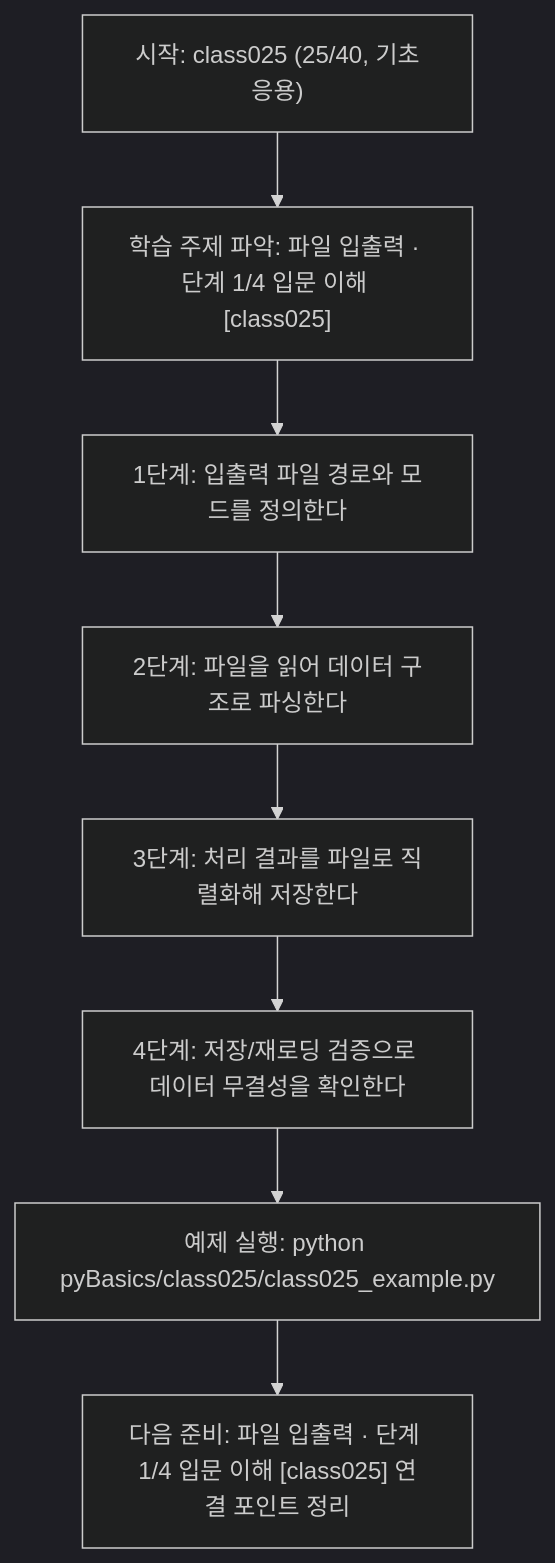
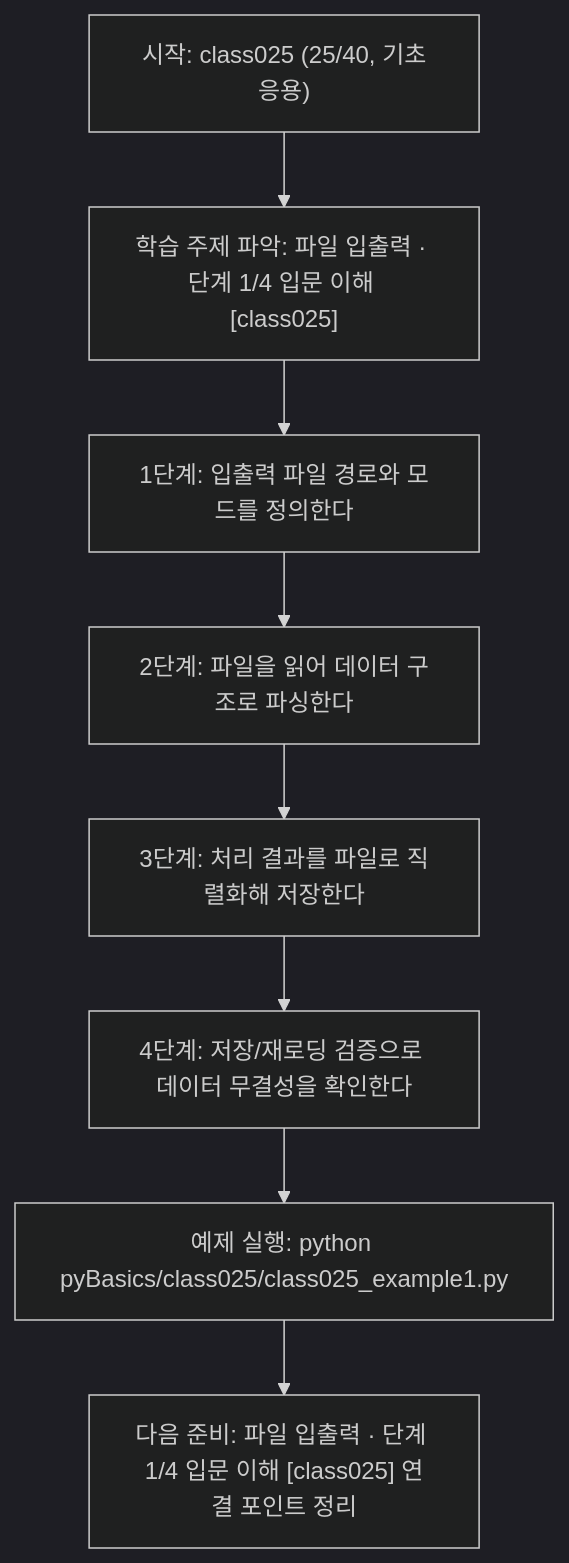
Before and after one commit to edumgt/Python-AI_Agent-Class: the diagram in pyBasics/class025/class025.md, drawn with Mermaid (dark theme). The commit also changed other lines of this file and 2959 other files, not shown here.

````diff
--- a/pyBasics/class025/class025.md
+++ b/pyBasics/class025/class025.md
@@ -109,18 +109,18 @@
 ```mermaid
 flowchart TD
 N1["시작: class025 (25/40, 기초응용)"]
 N2["학습 주제 파악: 파일 입출력 · 단계 1/4 입문 이해 [class025]"]
 N3["1단계: 입출력 파일 경로와 모드를 정의한다"]
 N4["2단계: 파일을 읽어 데이터 구조로 파싱한다"]
 N5["3단계: 처리 결과를 파일로 직렬화해 저장한다"]
 N6["4단계: 저장/재로딩 검증으로 데이터 무결성을 확인한다"]
-N7["예제 실행: python pyBasics/class025/class025_example.py"]
+N7["예제 실행: python pyBasics/class025/class025_example1.py"]
 N8["다음 준비: 파일 입출력 · 단계 1/4 입문 이해 [class025] 연결 포인트 정리"]
 N1 --> N2
 N2 --> N3
 N3 --> N4
 N4 --> N5
 N5 --> N6
 N6 --> N7
 N7 --> N8
 ```
````
